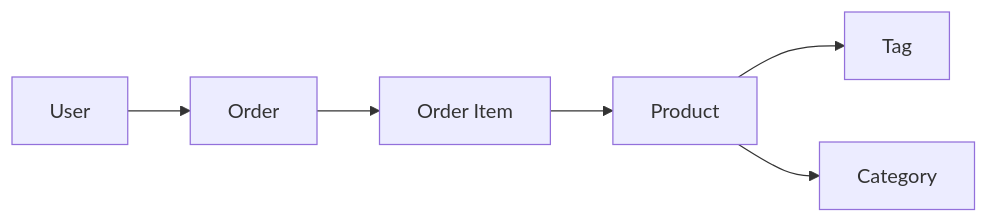
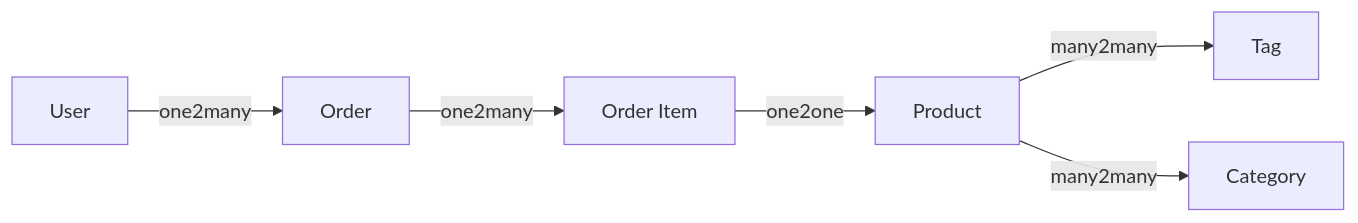
Before and after one commit to duan-li/worklog: the diagram in _posts/2018-02-19-simple-store.md, drawn with Mermaid.

Commit message:
update post

````diff
--- a/_posts/2018-02-19-simple-store.md
+++ b/_posts/2018-02-19-simple-store.md
@@ -15,10 +15,10 @@
 ```mermaid
 graph LR
 
-A[User] --> B[Order]
-B[Order] --> C[Order Item]
-C[Order Item] --> D[Product]
-D[Product] --> E[Tag]
-D[Product] --> F[Category]
+A[User] -- one2many --> B[Order]
+B[Order] -- one2many --> C[Order Item]
+C[Order Item] -- one2one --> D[Product]
+D[Product] -- many2many --> E[Tag]
+D[Product] -- many2many --> F[Category]
 
 ```
````
